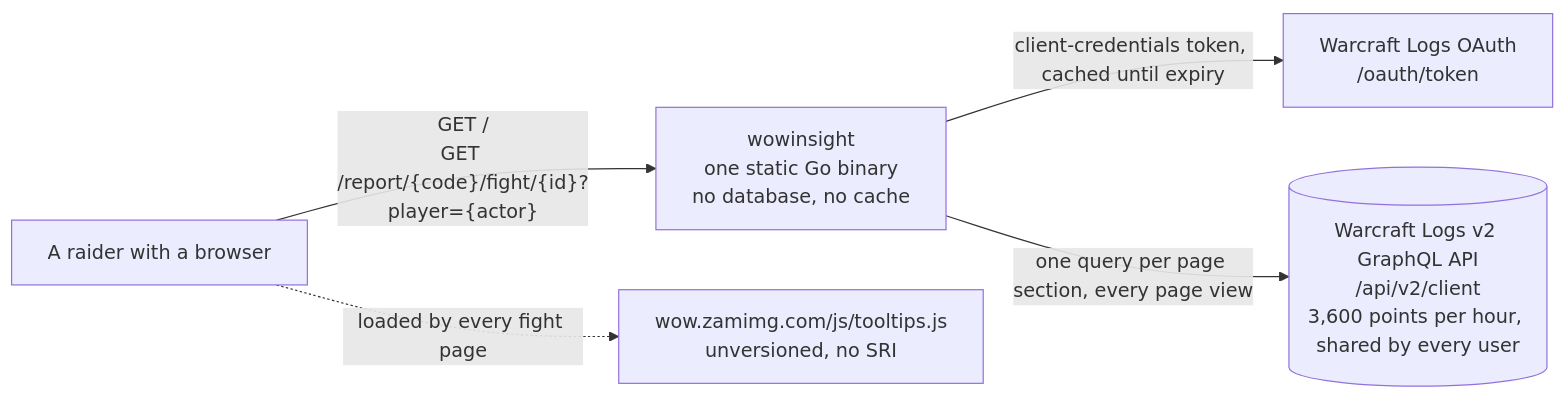
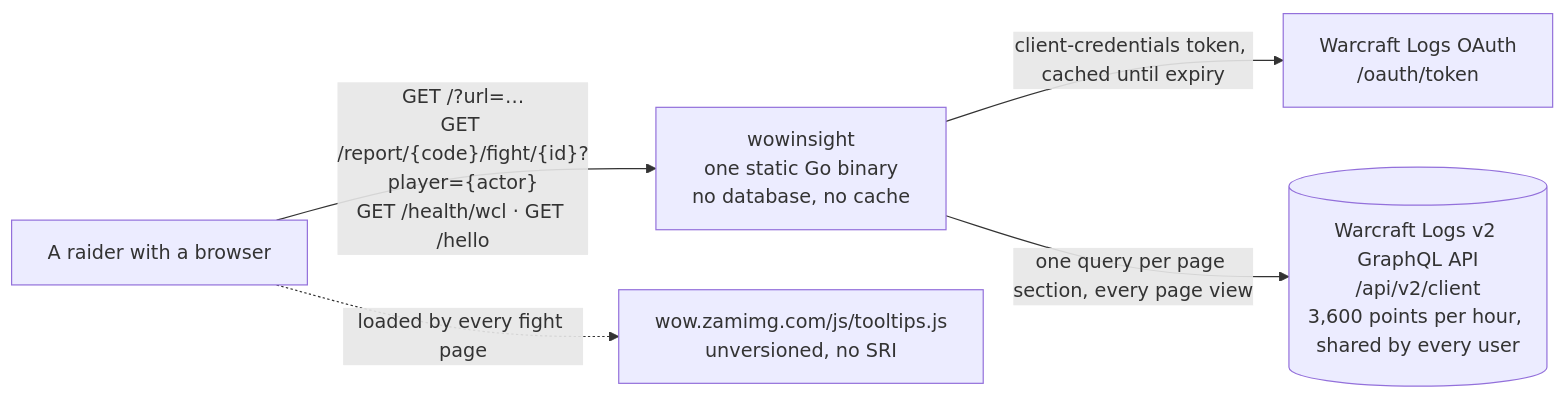
The first of 3 diagrams in ARCHITECTURE.md (Gabriel2048/wow-insights), drawn with Mermaid before and after one commit. The commit also changed other lines of this file, not shown here.

First line of the commit message:
Correct two claims checked against the code

````diff
--- a/ARCHITECTURE.md
+++ b/ARCHITECTURE.md
@@ -16,13 +16,13 @@
 ```mermaid
 flowchart LR
     user["A raider with a browser"]
     app["wowinsight<br/>one static Go binary<br/>no database, no cache"]
     oauth["Warcraft Logs OAuth<br/>/oauth/token"]
     api[("Warcraft Logs v2 GraphQL API<br/>/api/v2/client<br/>3,600 points per hour, shared by every user")]
     zam["wow.zamimg.com/js/tooltips.js<br/>unversioned, no SRI"]
 
-    user -->|"GET /<br/>GET /report/{code}/fight/{id}?player={actor}"| app
+    user -->|"GET /?url=…<br/>GET /report/{code}/fight/{id}?player={actor}<br/>GET /health/wcl · GET /hello"| app
     app -->|"client-credentials token, cached until expiry"| oauth
     app -->|"one query per page section, every page view"| api
     user -.->|"loaded by every fight page"| zam
 ```
````
